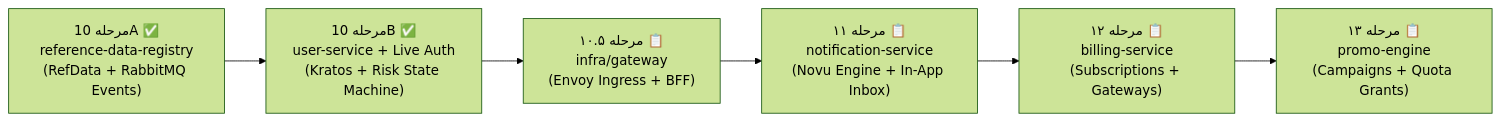
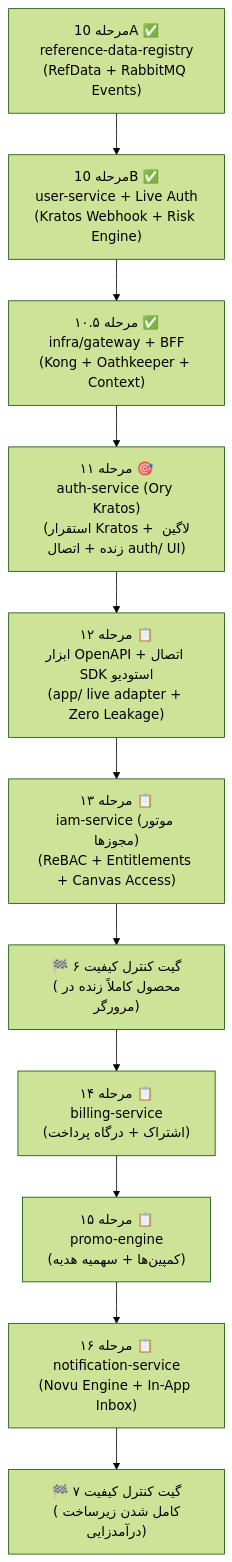
Before and after one commit to itstalentnet/dotdive: the second of 2 diagrams in docs/lemmo/03-backend/roadmap.md, drawn with Mermaid (forest theme). The commit also changed other lines of this file and 4 other files, not shown here.

Commit message:
docs(roadmap): ratify ADR-014 reprioritizing live auth, openapi tooling, sdk and iam

````diff
--- a/docs/lemmo/03-backend/roadmap.md
+++ b/docs/lemmo/03-backend/roadmap.md
@@ -103,8 +103,13 @@
 ```mermaid
-flowchart LR
-    S10A["مرحله 10A ✅<br>reference-data-registry<br>(RefData + RabbitMQ Events)"] --> S10B["مرحله 10B ✅<br>user-service + Live Auth<br>(Kratos + Risk State Machine)"]
-    S10B --> S105["مرحله ۱۰.۵ 📋<br>infra/gateway<br>(Envoy Ingress + BFF)"]
-    S105 --> S11["مرحله ۱۱ 📋<br>notification-service<br>(Novu Engine + In-App Inbox)"]
-    S11 --> S12["مرحله ۱۲ 📋<br>billing-service<br>(Subscriptions + Gateways)"]
-    S12 --> S13["مرحله ۱۳ 📋<br>promo-engine<br>(Campaigns + Quota Grants)"]
+flowchart TD
+    S10A["مرحله 10A ✅<br>reference-data-registry<br>(RefData + RabbitMQ Events)"] --> S10B["مرحله 10B ✅<br>user-service + Live Auth<br>(Kratos Webhook + Risk Engine)"]
+    S10B --> S105["مرحله ۱۰.۵ ✅<br>infra/gateway + BFF<br>(Kong + Oathkeeper + Context)"]
+    S105 --> S11["مرحله ۱۱ 🎯<br>auth-service (Ory Kratos)<br>(استقرار Kratos + لاگین زنده + اتصال auth/ UI)"]
+    S11 --> S12["مرحله ۱۲ 📋<br>ابزار OpenAPI + اتصال SDK استودیو<br>(app/ live adapter + Zero Leakage)"]
+    S12 --> S13["مرحله ۱۳ 📋<br>iam-service (موتور مجوزها)<br>(ReBAC + Entitlements + Canvas Access)"]
+    S13 --> Gate6["🏁 گیت کنترل کیفیت ۶<br>(محصول کاملاً زنده در مرورگر)"]
+    Gate6 --> S14["مرحله ۱۴ 📋<br>billing-service<br>(اشتراک + درگاه پرداخت)"]
+    S14 --> S15["مرحله ۱۵ 📋<br>promo-engine<br>(کمپین‌ها + سهمیه هدیه)"]
+    S15 --> S16["مرحله ۱۶ 📋<br>notification-service<br>(Novu Engine + In-App Inbox)"]
+    S16 --> Gate7["🏁 گیت کنترل کیفیت ۷<br>(کامل شدن زیرساخت درآمدزایی)"]
 ```
````
